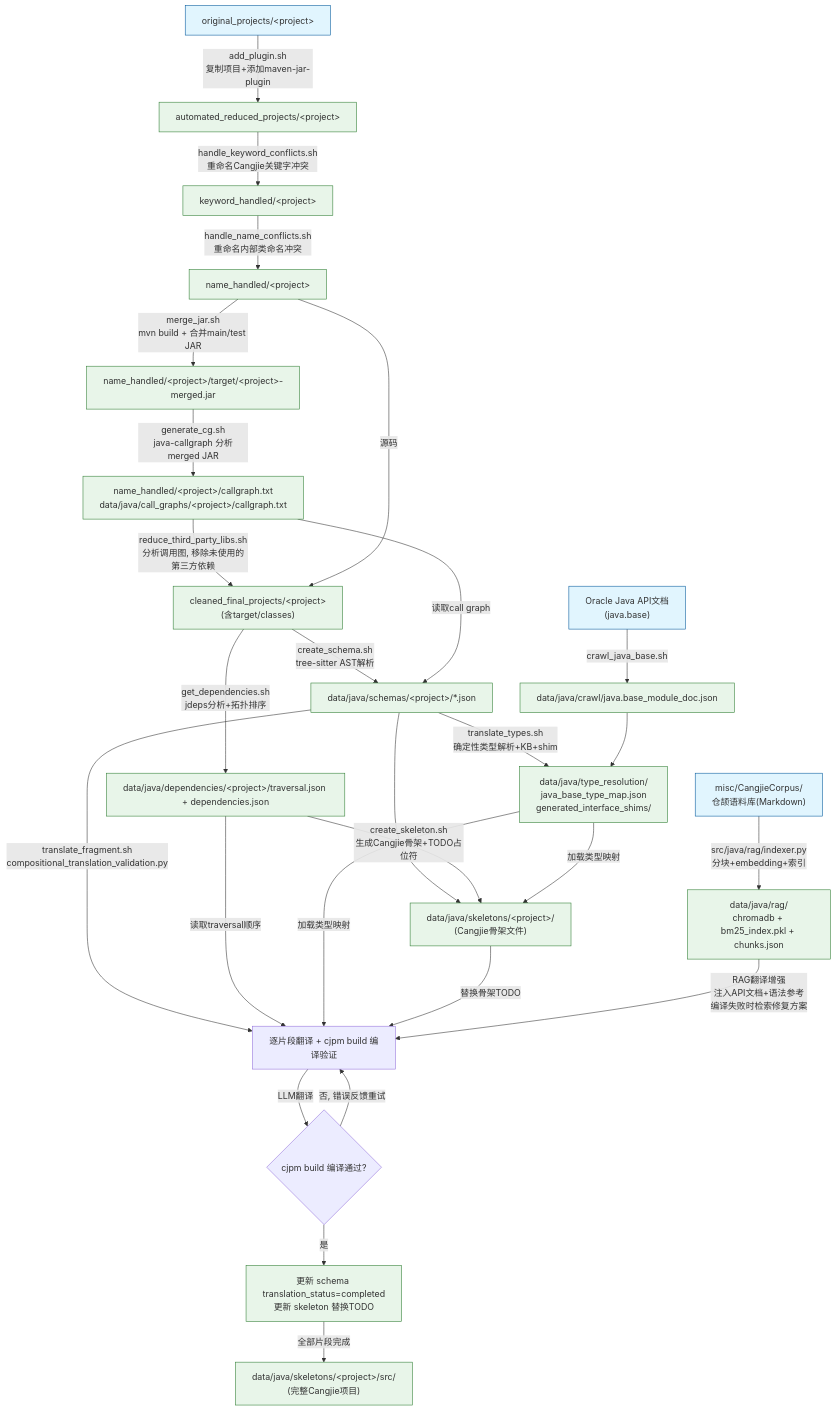
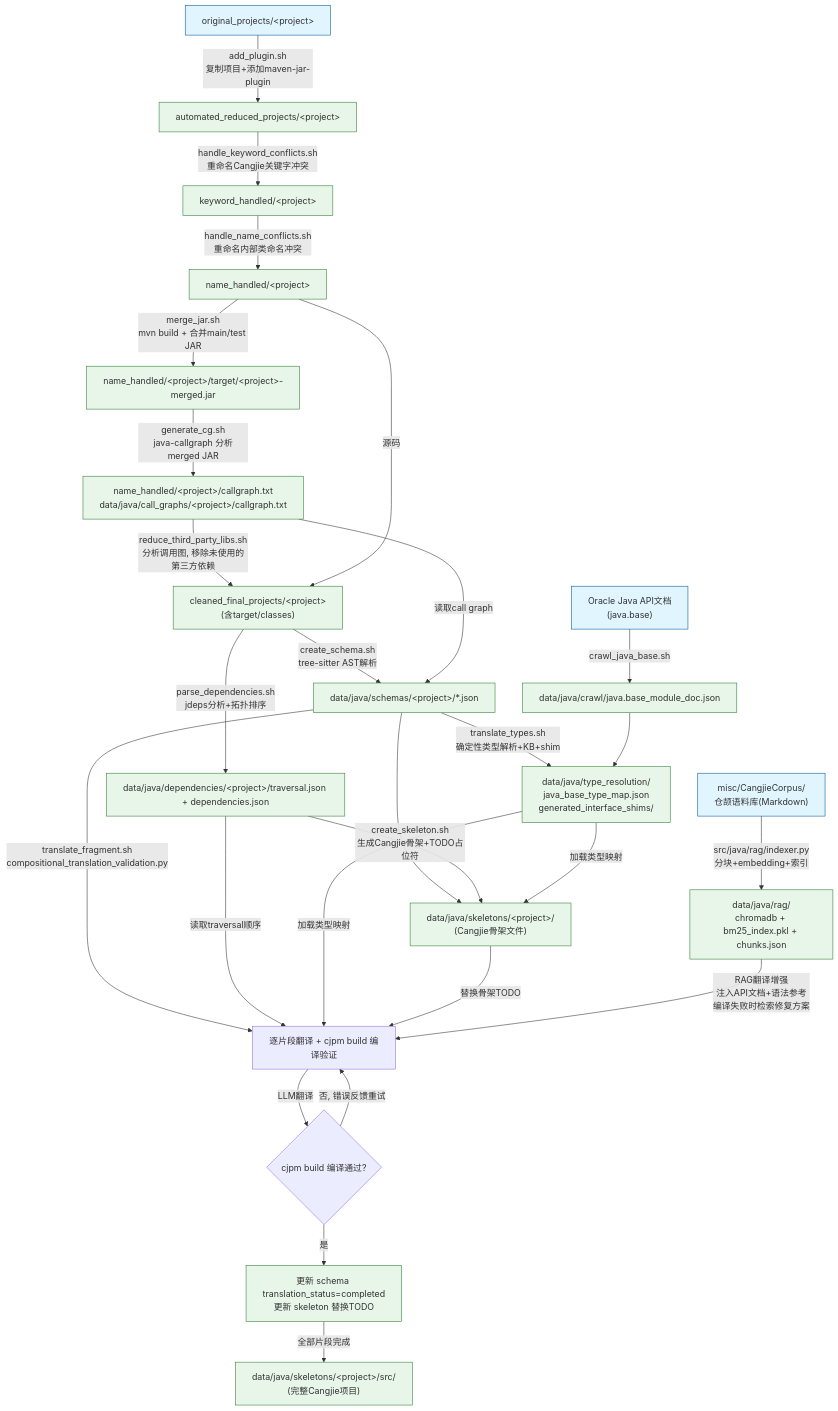
Before and after one commit to hx062312/x2cangjie: the diagram in docs/flowchart.md, drawn with Mermaid. The commit also changed 14 other files, not shown here.

First line of the commit message:
refactor: rename get_dependencies → parse_dependencies

````diff
--- a/docs/flowchart.md
+++ b/docs/flowchart.md
@@ -1,40 +1,40 @@
 ```mermaid
 flowchart TD
     A1["original_projects/&lt;project&gt;"] -->|add_plugin.sh<br/>复制项目+添加maven-jar-plugin| A2["automated_reduced_projects/&lt;project&gt;"]
     A2 -->|handle_keyword_conflicts.sh<br/>重命名Cangjie关键字冲突| A3["keyword_handled/&lt;project&gt;"]
     A3 -->|handle_name_conflicts.sh<br/>重命名内部类命名冲突| A3b["name_handled/&lt;project&gt;"]
     A3b -->|merge_jar.sh<br/>mvn build + 合并main/test JAR| A4["name_handled/&lt;project&gt;/target/&lt;project&gt;-merged.jar"]
     A4 -->|generate_cg.sh<br/>java-callgraph 分析merged JAR| A5["name_handled/&lt;project&gt;/callgraph.txt<br/>data/java/call_graphs/&lt;project&gt;/callgraph.txt"]
     A5 -->|reduce_third_party_libs.sh<br/>分析调用图, 移除未使用的第三方依赖| A6["cleaned_final_projects/&lt;project&gt;<br/>(含target/classes)"]
     A3b -->|源码| A6
 
     A6 -->|create_schema.sh<br/>tree-sitter AST解析| C1["data/java/schemas/&lt;project&gt;/*.json"]
     A5 -->|读取call graph| C1
-    A6 -->|get_dependencies.sh<br/>jdeps分析+拓扑排序| C2["data/java/dependencies/&lt;project&gt;/traversal.json + dependencies.json"]
+    A6 -->|parse_dependencies.sh<br/>jdeps分析+拓扑排序| C2["data/java/dependencies/&lt;project&gt;/traversal.json + dependencies.json"]
 
     D1["misc/CangjieCorpus/<br/>仓颉语料库(Markdown)"] -->|src/java/rag/indexer.py<br/>分块+embedding+索引| D2["data/java/rag/<br/>chromadb + bm25_index.pkl + chunks.json"]
     D3["Oracle Java API文档<br/>(java.base)"] -->|crawl_java_base.sh| D4["data/java/crawl/java.base_module_doc.json"]
 
     C1 -->|translate_types.sh<br/>确定性类型解析+KB+shim| E1["data/java/type_resolution/<br/>java_base_type_map.json<br/>generated_interface_shims/"]
     D4 --> E1
 
     C1 --> E2
     C2 -->|create_skeleton.sh<br/>生成Cangjie骨架+TODO占位符| E2["data/java/skeletons/&lt;project&gt;/<br/>(Cangjie骨架文件)"]
     E1 -->|加载类型映射| E2
 
     C1 -->|translate_fragment.sh<br/>compositional_translation_validation.py| F1["逐片段翻译 + cjpm build 编译验证"]
     C2 -->|读取traversal顺序| F1
     E1 -->|加载类型映射| F1
     E2 -->|替换骨架TODO| F1
     D2 -->|RAG翻译增强<br/>注入API文档+语法参考<br/>编译失败时检索修复方案| F1
     F1 -->|LLM翻译| F2{"cjpm build 编译通过?"}
     F2 -->|否, 错误反馈重试| F1
     F2 -->|是| F3["更新 schema translation_status=completed<br/>更新 skeleton 替换TODO"]
     F3 -->|全部片段完成| F4["data/java/skeletons/&lt;project&gt;/src/<br/>(完整Cangjie项目)"]
 
     classDef input fill:#e1f5fe,stroke:#01579b
     classDef output fill:#e8f5e9,stroke:#2e7d32
 
     class A1,D1,D3 input
     class A2,A3,A3b,A4,A5,A6,C1,C2,D2,D4,E1,E2,F3,F4 output
 ```
````
